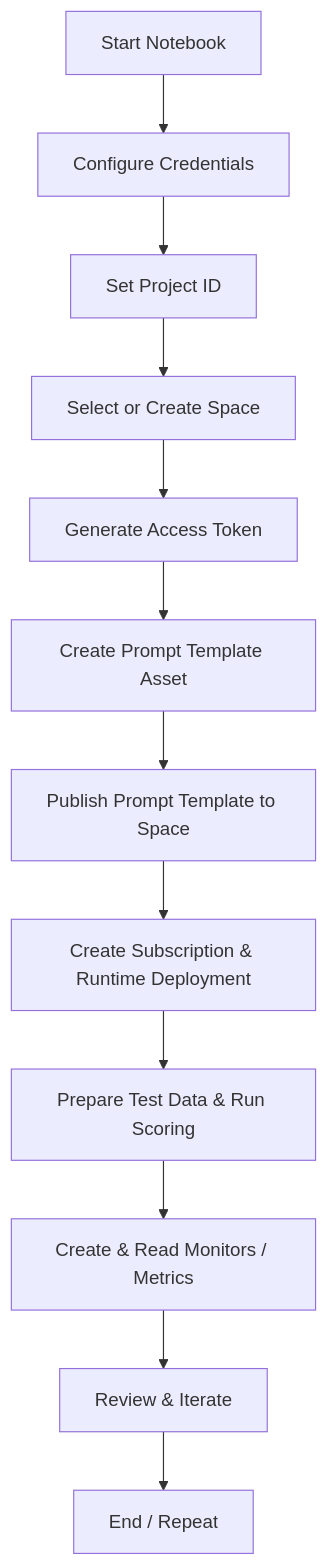
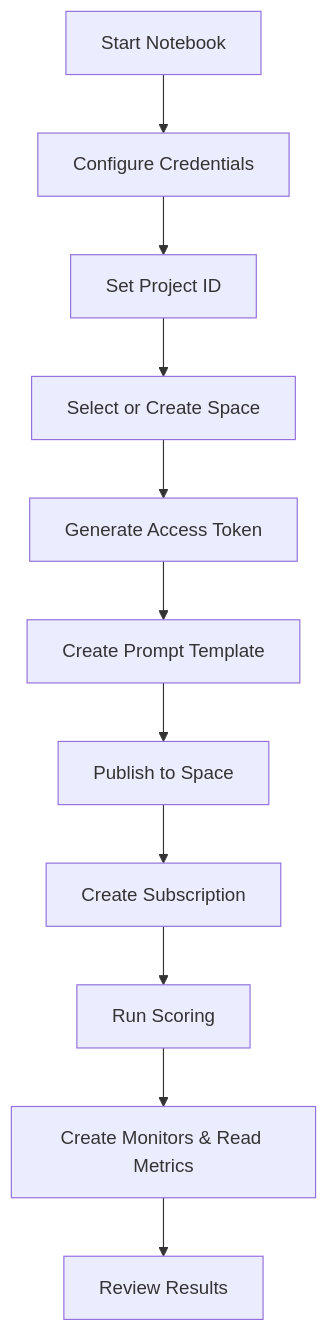
The diagram in trusted-ai/runtime-evaluations/generative_ai/notebooks/00-runtime-evaluation-realtime/README.md (ibm-self-serve-assets/building-blocks), drawn with Mermaid before and after one commit. The commit also changed other lines of this file, not shown here.

````diff
--- a/trusted-ai/runtime-evaluations/generative_ai/notebooks/00-runtime-evaluation-realtime/README.md
+++ b/trusted-ai/runtime-evaluations/generative_ai/notebooks/00-runtime-evaluation-realtime/README.md
@@ -84,15 +56,13 @@
 ```mermaid
 flowchart TD
-
     A[Start Notebook] --> B[Configure Credentials]
     B --> C[Set Project ID]
     C --> D[Select or Create Space]
     D --> E[Generate Access Token]
-    E --> F[Create Prompt Template Asset]
-    F --> G[Publish Prompt Template to Space]
-    G --> H[Create Subscription & Runtime Deployment]
-    H --> I[Prepare Test Data & Run Scoring]
-    I --> J[Create & Read Monitors / Metrics]
-    J --> K[Review & Iterate]
-    K --> L[End / Repeat]
+    E --> F[Create Prompt Template]
+    F --> G[Publish to Space]
+    G --> H[Create Subscription]
+    H --> I[Run Scoring]
+    I --> J[Create Monitors & Read Metrics]
+    J --> K[Review Results]
 ```
````
